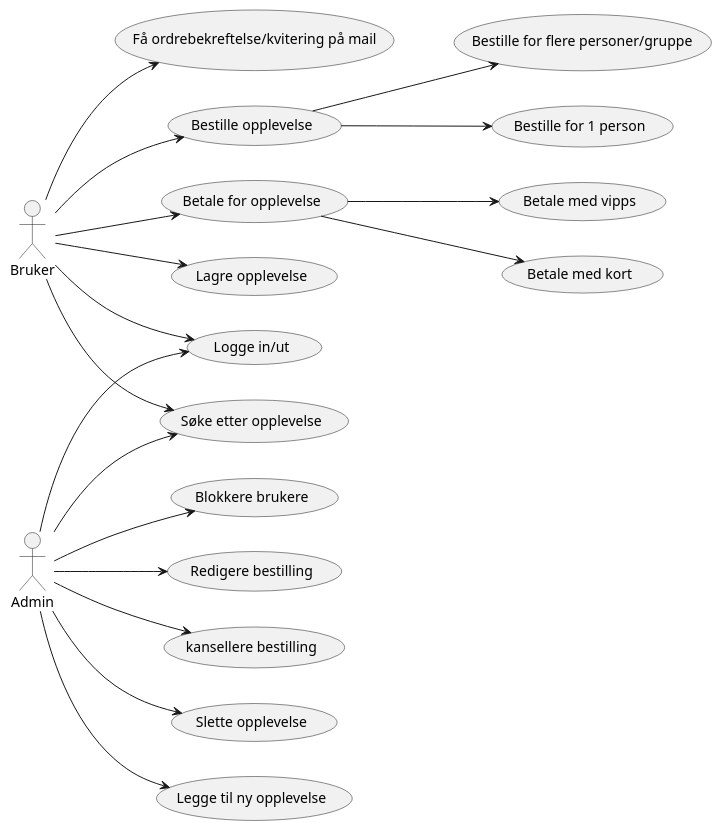
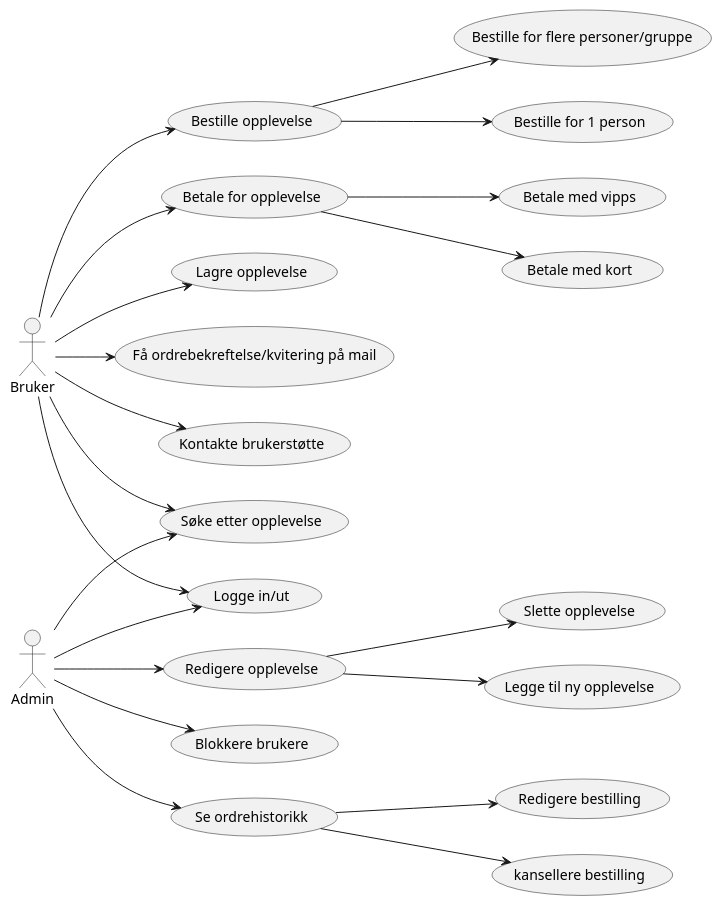
The diagram in plantuml_diagrammer/usecasediagram.puml (mapclean9r/os_Systemer), drawn with PlantUML before and after one commit.

Commit message:
lagt til flere underkrav og delt opp bedre

```diff
--- a/plantuml_diagrammer/usecasediagram.puml
+++ b/plantuml_diagrammer/usecasediagram.puml
@@ -1,20 +1,23 @@
 @startuml oppgave1
 left to right direction
 :Bruker: --> (Bestille opplevelse) 
 (Bestille opplevelse) --> (Bestille for flere personer/gruppe)
 (Bestille opplevelse) --> (Bestille for 1 person)
 :Bruker: --> (Betale for opplevelse)
 (Betale for opplevelse) --> (Betale med vipps)
 (Betale for opplevelse) --> (Betale med kort)
 :Bruker: --> (Lagre opplevelse)
 :Bruker: --> (Søke etter opplevelse)
 :Bruker: --> (Logge in/ut)
 :Bruker: --> (Få ordrebekreftelse/kvitering på mail)
-:Admin: --> (Slette opplevelse)
-:Admin: --> (Legge til ny opplevelse)
+:Bruker: --> (Kontakte brukerstøtte)
+(Redigere opplevelse) --> (Slette opplevelse)
+:Admin: --> (Redigere opplevelse)
+(Redigere opplevelse) --> (Legge til ny opplevelse)
 :Admin: --> (Blokkere brukere)
-:Admin: --> (Redigere bestilling)
-:Admin: --> (kansellere bestilling)
+(Se ordrehistorikk) --> (Redigere bestilling)
+(Se ordrehistorikk) --> (kansellere bestilling)
 :Admin: --> (Søke etter opplevelse)
+:Admin: --> (Se ordrehistorikk)
 :Admin: --> (Logge in/ut)
 @enduml
```
